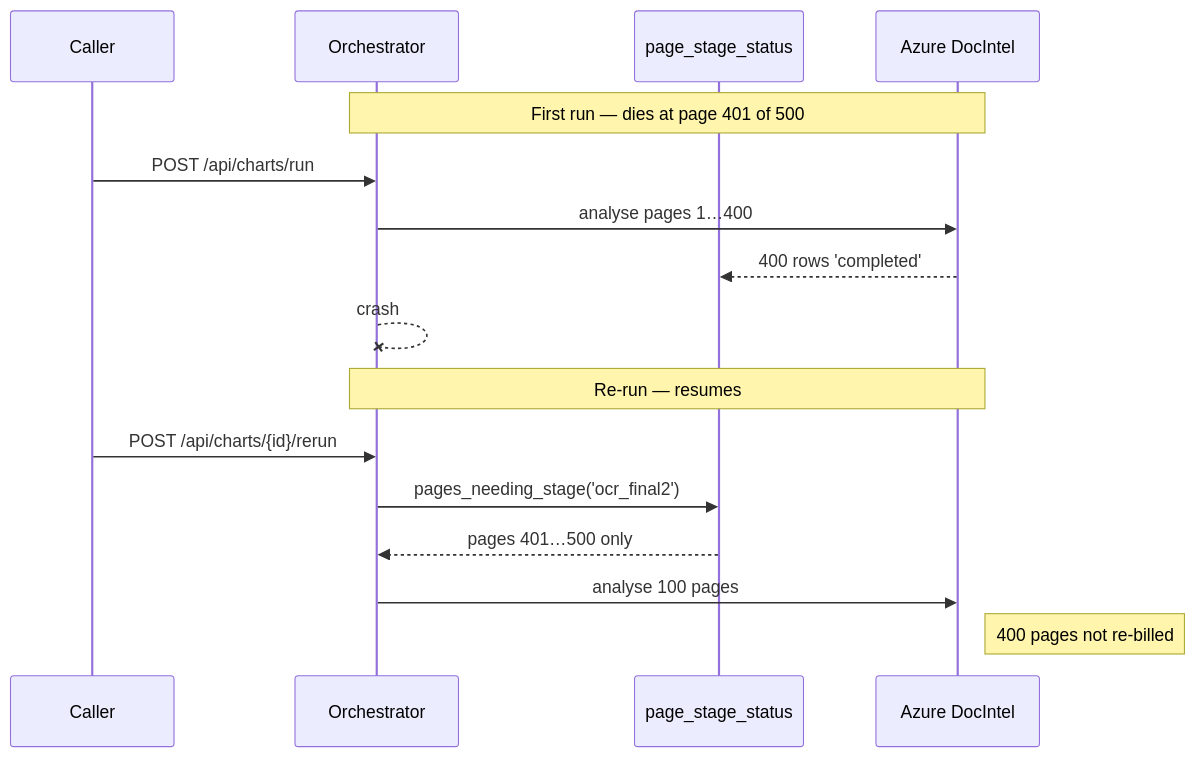
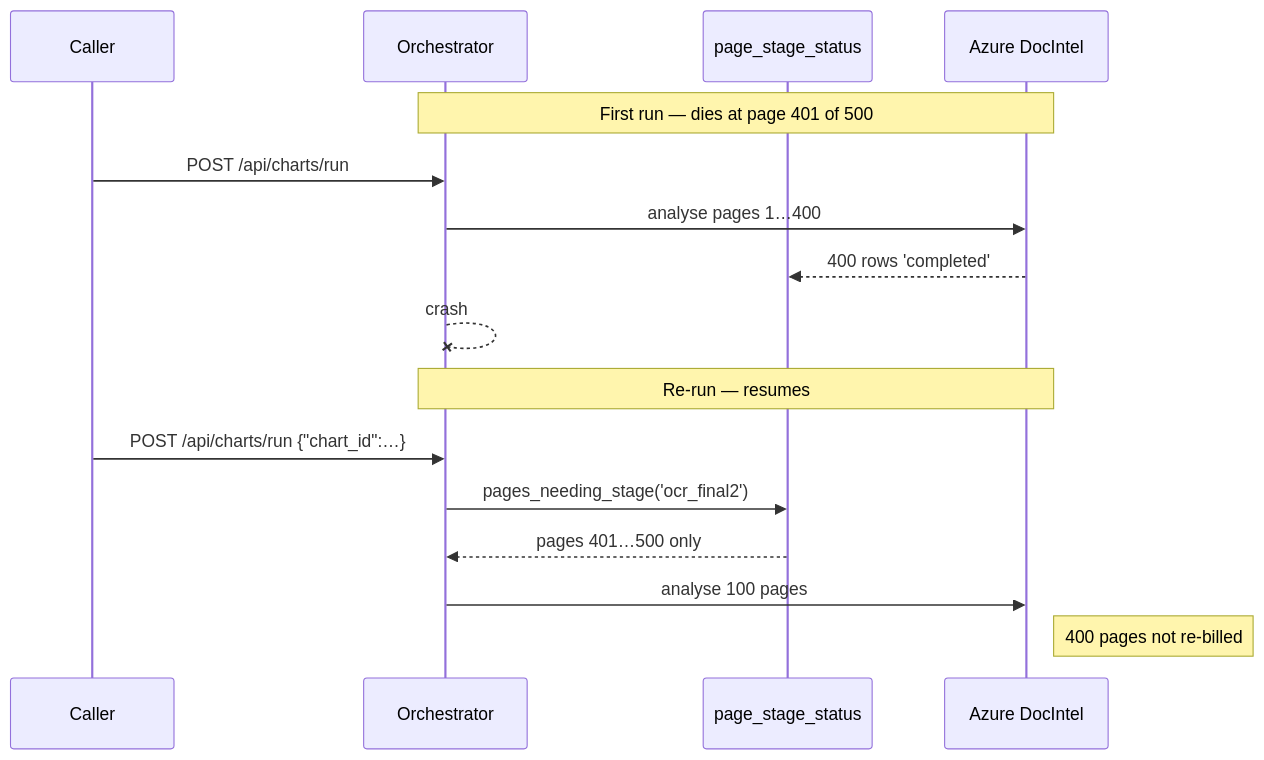
The fourth of 6 diagrams in docs/FLOW.md (abhinavdg-ever/model-repo), drawn with Mermaid before and after one commit. The commit also changed other lines of this file and 43 other files, not shown here.

First line of the commit message:
Consolidate chart APIs to run/batch-run and harden review/OCR paths.

````diff
--- a/docs/FLOW.md
+++ b/docs/FLOW.md
@@ -168,20 +168,20 @@
 ```mermaid
 sequenceDiagram
   participant C as Caller
   participant O as Orchestrator
   participant DB as page_stage_status
   participant AZ as Azure DocIntel
 
   Note over O,AZ: First run — dies at page 401 of 500
   C->>O: POST /api/charts/run
   O->>AZ: analyse pages 1…400
   AZ-->>DB: 400 rows 'completed'
   O--xO: crash
 
   Note over O,AZ: Re-run — resumes
-  C->>O: POST /api/charts/{id}/rerun
+  C->>O: POST /api/charts/run {"chart_id":…}
   O->>DB: pages_needing_stage('ocr_final2')
   DB-->>O: pages 401…500 only
   O->>AZ: analyse 100 pages
   Note right of AZ: 400 pages not re-billed
 ```
````
